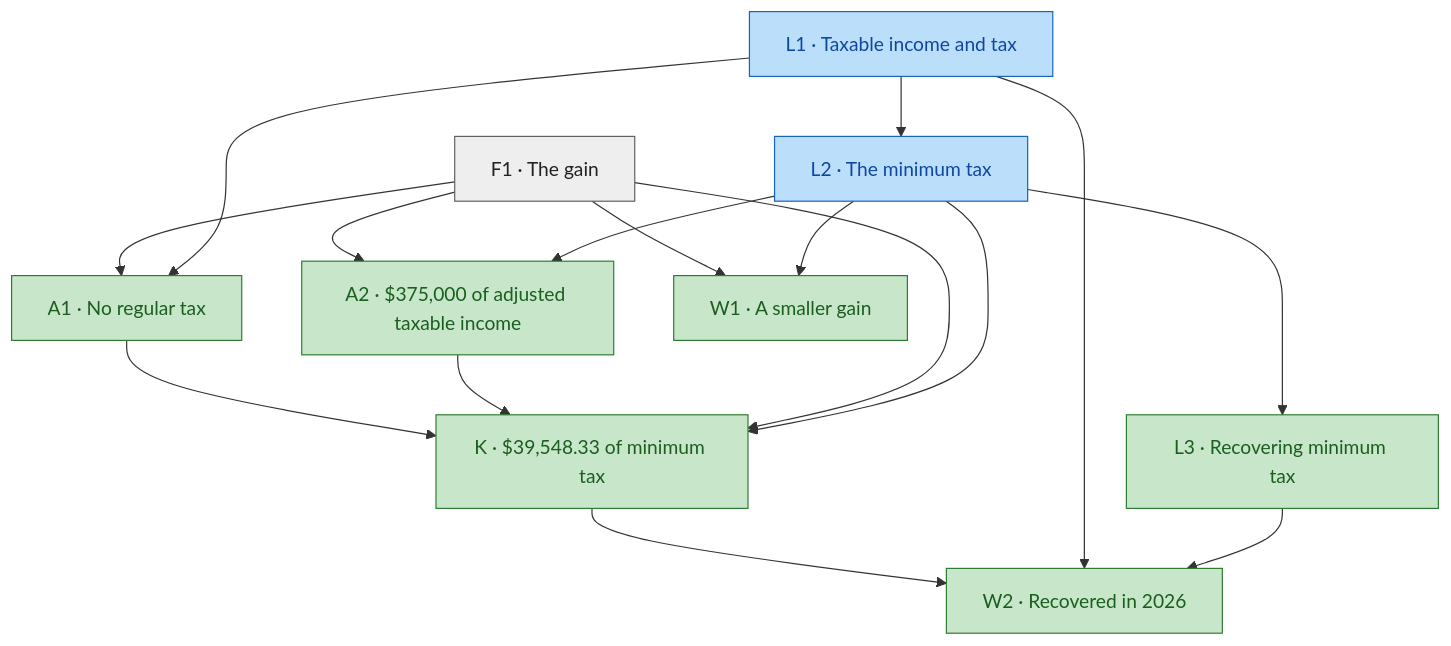
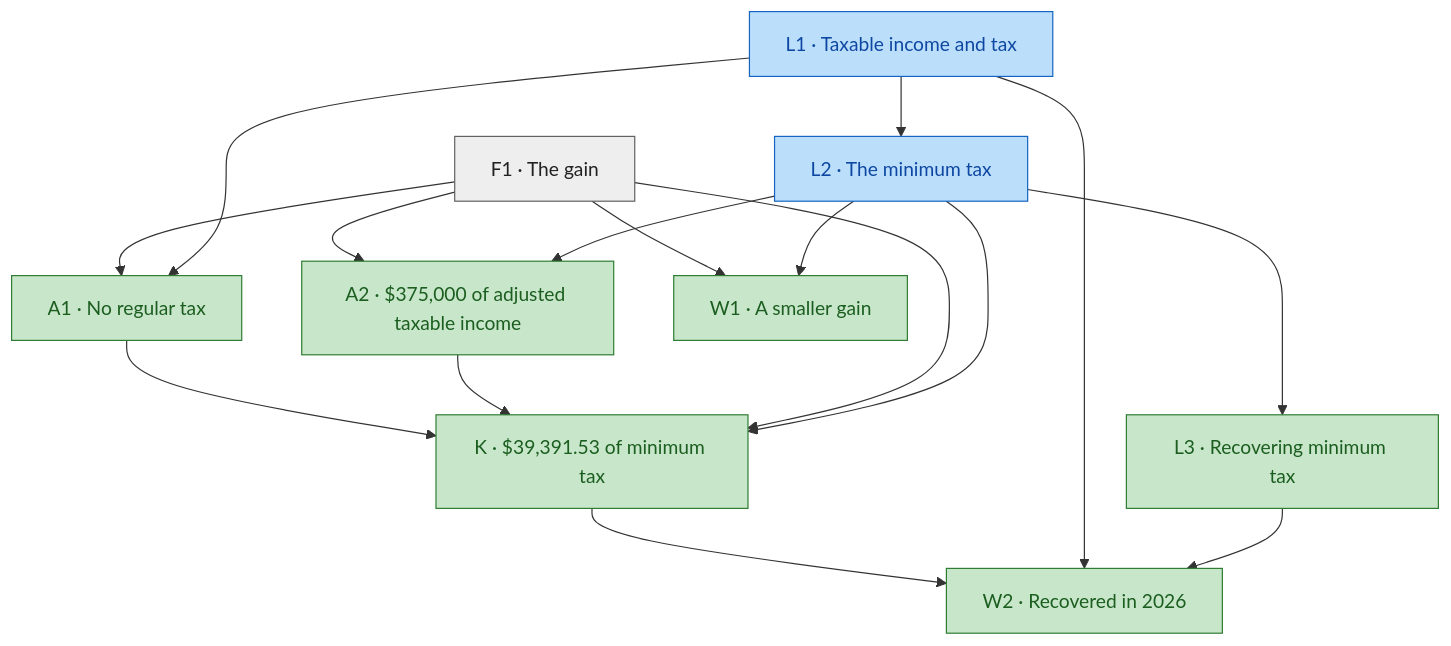
The first of 2 diagrams in docs/blueprint/crystallization-minimum-tax.md (SeanWMurray/Canteen), drawn with Mermaid before and after one commit. The commit also changed other lines of this file and 57 other files, not shown here.

````diff
--- a/docs/blueprint/crystallization-minimum-tax.md
+++ b/docs/blueprint/crystallization-minimum-tax.md
@@ -15,33 +15,33 @@
 ```mermaid
 graph TD
   n0["L1 · Taxable income and tax"]:::encoded
   n1["L2 · The minimum tax"]:::encoded
   n2["F1 · The gain"]:::fact
   n3["A1 · No regular tax"]:::proven
   n4["A2 · $375,000 of adjusted taxable income"]:::proven
-  n5["K · $39,548.33 of minimum tax"]:::proven
+  n5["K · $39,391.53 of minimum tax"]:::proven
   n6["W1 · A smaller gain"]:::proven
   n7["L3 · Recovering minimum tax"]:::proven
   n8["W2 · Recovered in 2026"]:::proven
   n0 --> n1
   n2 --> n3
   n0 --> n3
   n2 --> n4
   n1 --> n4
   n3 --> n5
   n4 --> n5
   n2 --> n5
   n1 --> n5
   n2 --> n6
   n1 --> n6
   n1 --> n7
   n5 --> n8
   n0 --> n8
   n7 --> n8
   classDef proven fill:#c8e6c9,stroke:#2e7d32,color:#1b5e20
   classDef encoded fill:#bbdefb,stroke:#1565c0,color:#0d47a1
   classDef fact fill:#eeeeee,stroke:#616161,color:#212121
   classDef judgment fill:#ffe0b2,stroke:#ef6c00,color:#e65100
   classDef notFormalized fill:#ffffff,stroke:#c62828,color:#b71c1c,stroke-dasharray:5 5
   classDef unproven fill:#ffcdd2,stroke:#c62828,color:#b71c1c
 ```
````
